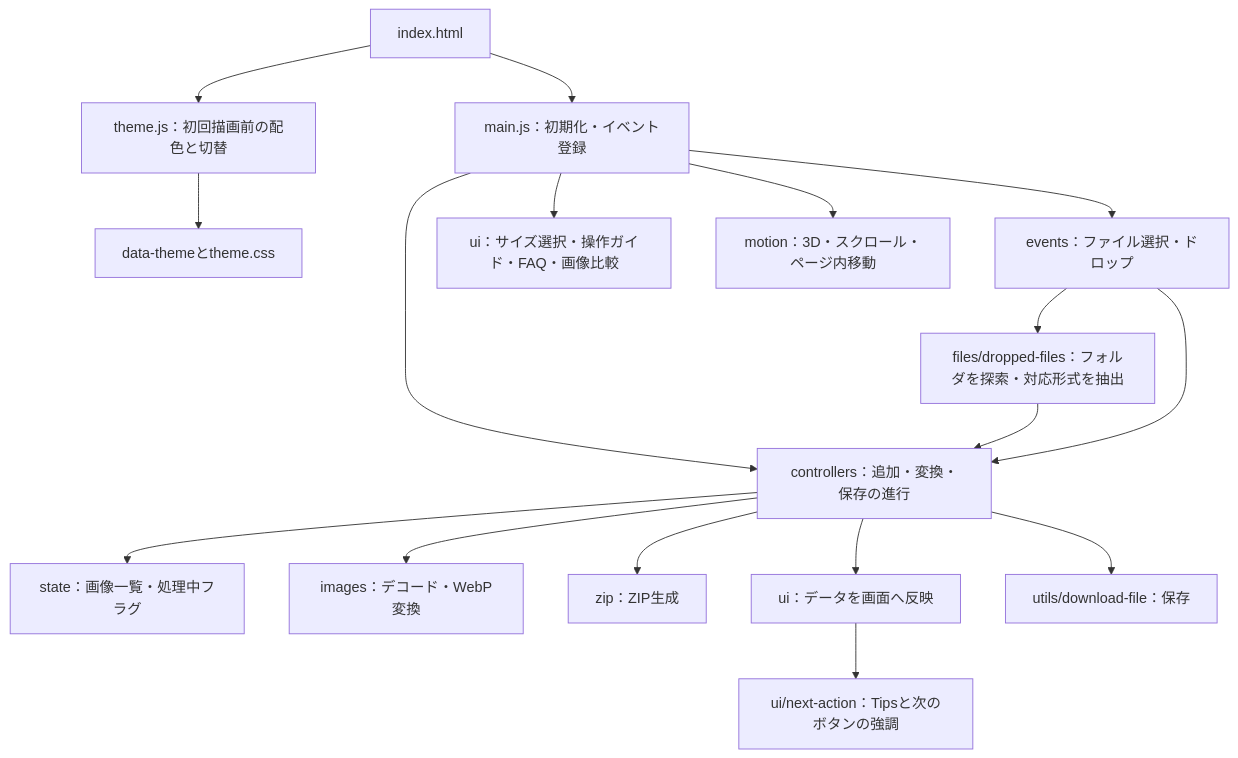
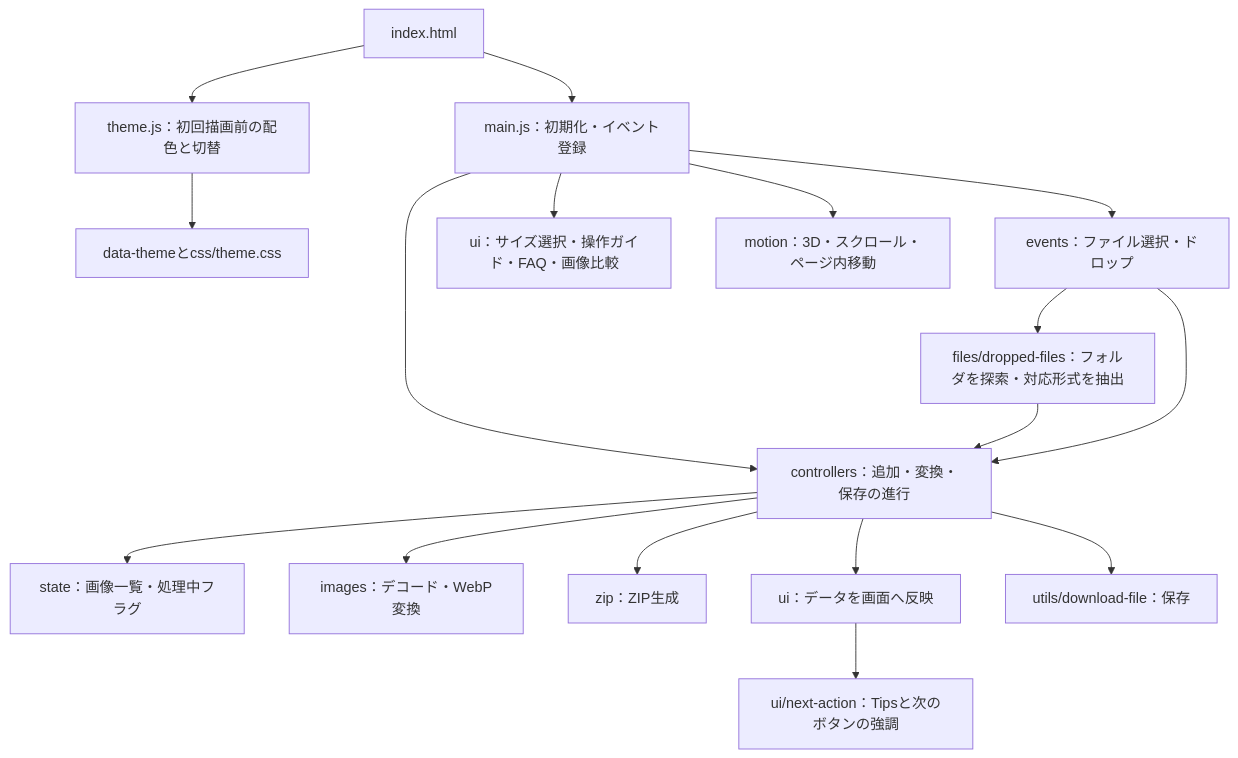
One commit to Syo-M/WebPImageConverter changed the first of 2 diagrams in README.md. Above: the diagram before and after it, drawn with Mermaid. The commit also changed other lines of this file and 10 other files, not shown here.

````diff
--- a/README.md
+++ b/README.md
@@ -189,19 +196,19 @@
 ```mermaid
 flowchart TD
   HTML["index.html"] --> Main["main.js：初期化・イベント登録"]
   HTML --> Theme["theme.js：初回描画前の配色と切替"]
-  Theme --> ThemeCSS["data-themeとtheme.css"]
+  Theme --> ThemeCSS["data-themeとcss/theme.css"]
   Main --> Events["events：ファイル選択・ドロップ"]
   Main --> Interactions["ui：サイズ選択・操作ガイド・FAQ・画像比較"]
   Main --> Motion["motion：3D・スクロール・ページ内移動"]
   Main --> Controllers["controllers：追加・変換・保存の進行"]
   Events --> Folders["files/dropped-files：フォルダを探索・対応形式を抽出"]
   Folders --> Controllers
   Events --> Controllers
   Controllers --> State["state：画像一覧・処理中フラグ"]
   Controllers --> Images["images：デコード・WebP変換"]
   Controllers --> Zip["zip：ZIP生成"]
   Controllers --> UI["ui：データを画面へ反映"]
   UI --> Next["ui/next-action：Tipsと次のボタンの強調"]
   Controllers --> Download["utils/download-file：保存"]
 ```
````
